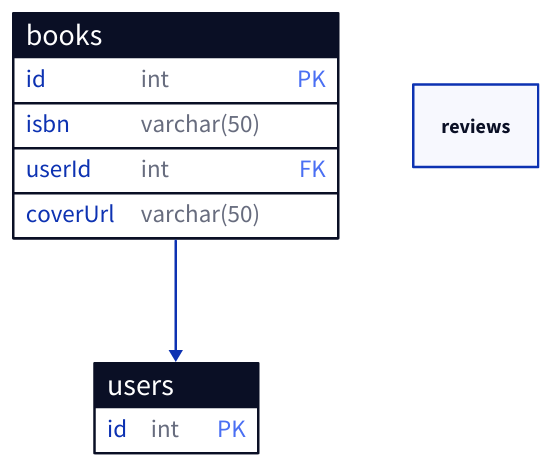
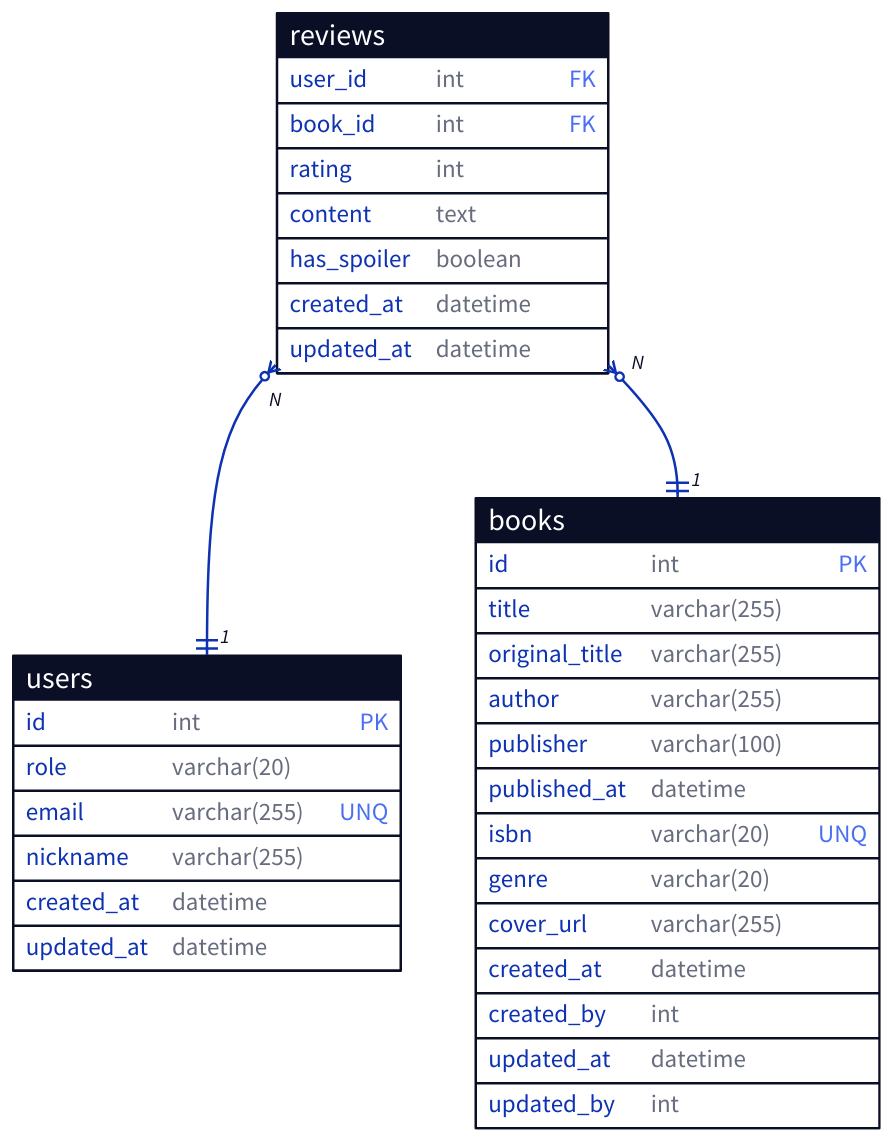
The diagram in resources/erd.d2 (injuk/mjis-content-box), drawn with D2 before and after one commit. The commit also changed 2 other files, not shown here.

Commit message:
document: ERD 작성 완료

```diff
--- a/resources/erd.d2
+++ b/resources/erd.d2
@@ -1,22 +1,64 @@
 users: {
   shape: sql_table
 
   id: int { constraint: primary_key }
 
+  role: varchar(20)
+  email: varchar(255) { constraint: unique }
+  nickname: varchar(255)
+
+  created_at: datetime
+  updated_at: datetime
 }
 
 books: {
   shape: sql_table
 
   id: int { constraint: primary_key }
-  isbn: varchar(50)
-  userId: int { constraint: foreign_key }
 
-  coverUrl: varchar(50)
+  title: varchar(255)
+  original_title: varchar(255)
+  author: varchar(255)
+  publisher: varchar(100)
+  published_at: datetime
+
+  isbn: varchar(20) { constraint: unique }
+  genre: varchar(20)
+  cover_url: varchar(255)
+
+  created_at: datetime
+  created_by: int
+  updated_at: datetime
+  updated_by: int
 }
 
 reviews: {
+  shape: sql_table
 
+  user_id: int { constraint: foreign_key }
+  book_id: int { constraint: foreign_key }
+
+  rating: int
+  content: text
+  has_spoiler: boolean
+
+  created_at: datetime
+  updated_at: datetime
 }
 
-books.userId -> users.id
+reviews.user_id <-> users.id {
+  source-arrowhead: N {
+    shape: cf-many
+  }
+  target-arrowhead: 1 {
+    shape: cf-one-required
+  }
+}
+reviews.book_id <-> books.id {
+  source-arrowhead: N {
+    shape: cf-many
+  }
+  target-arrowhead: 1 {
+    shape: cf-one-required
+  }
+}
```
